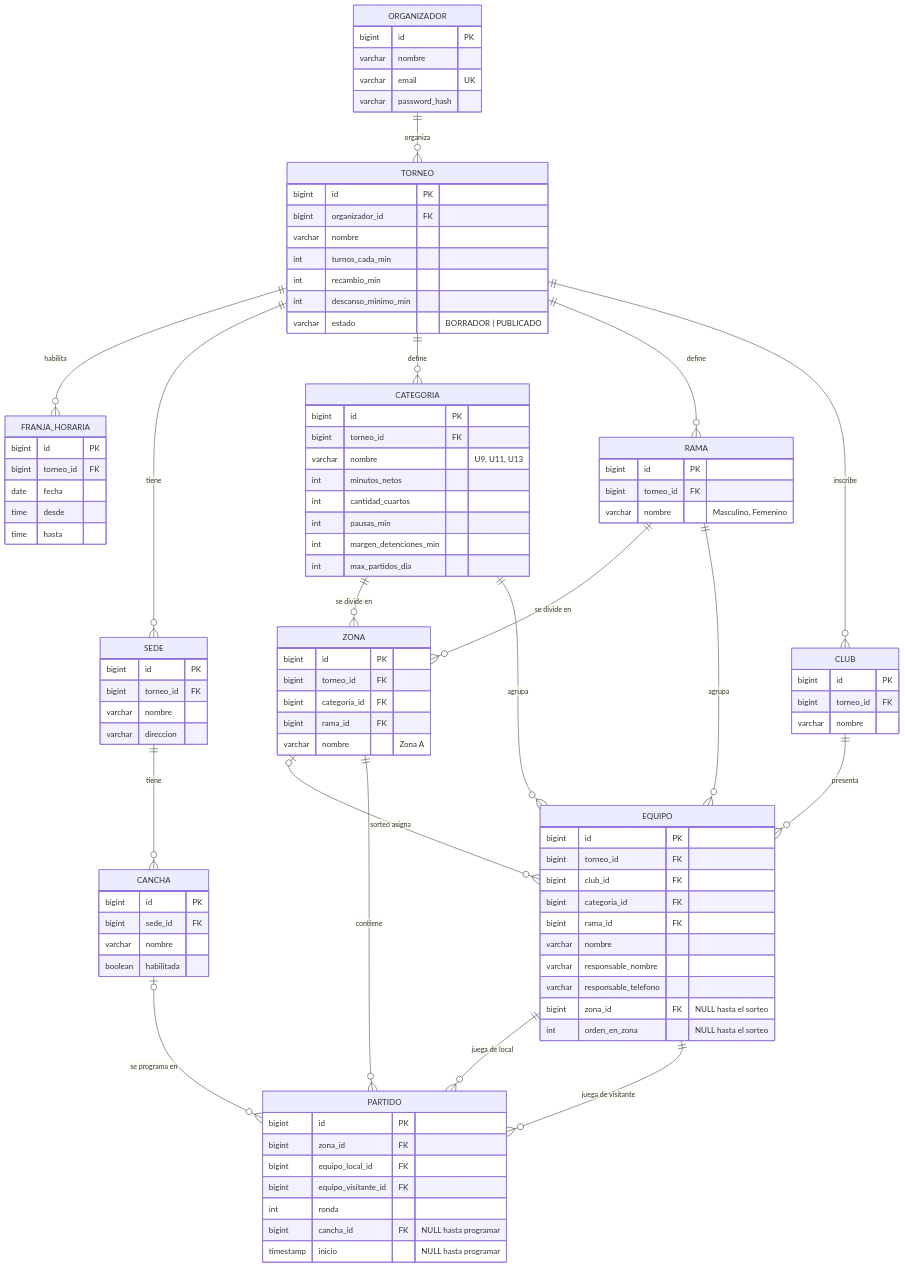
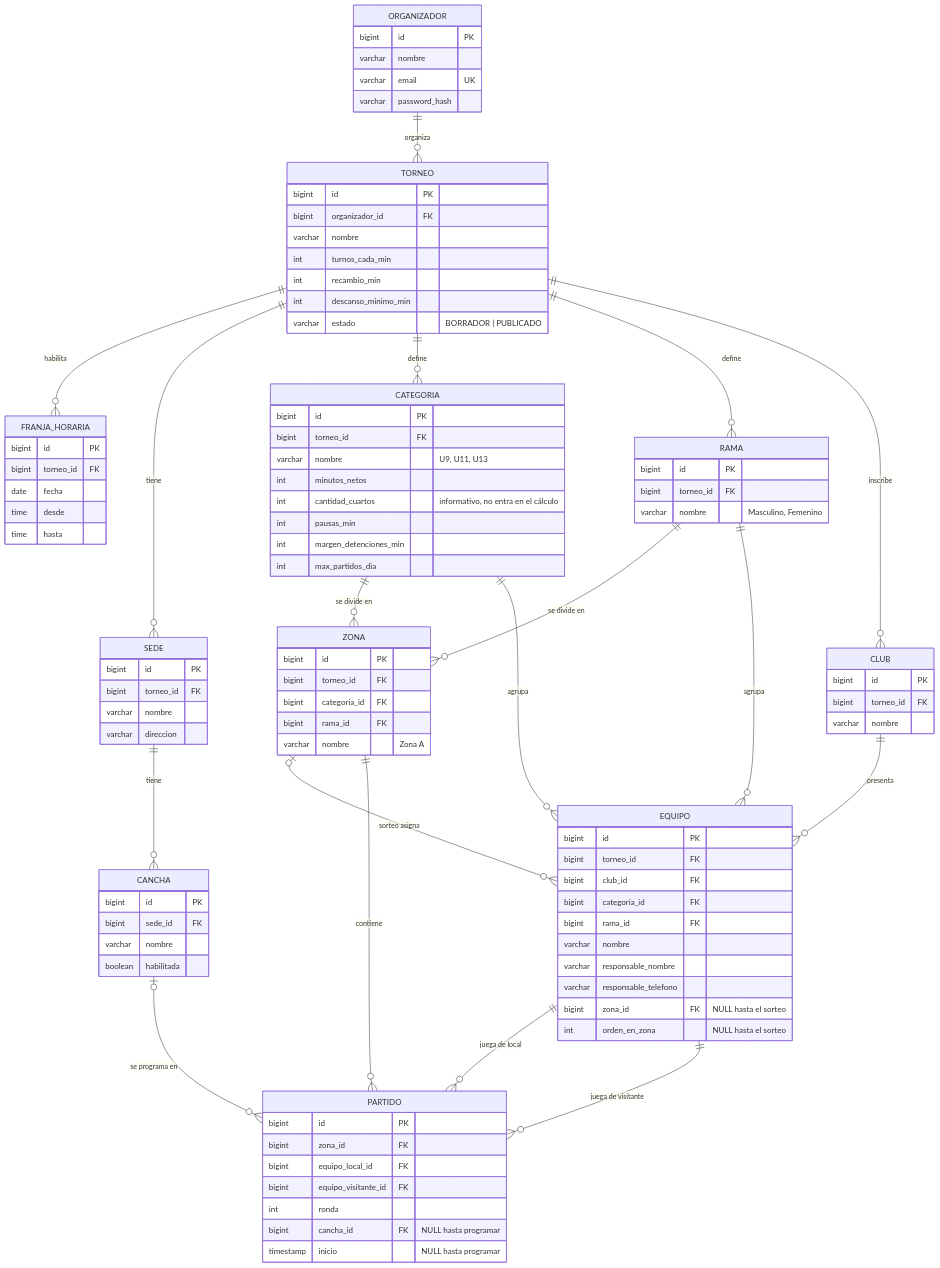
The diagram in docs/der.md (tadeo14/tp_final), drawn with Mermaid before and after one commit. The commit also changed other lines of this file and 2 other files, not shown here.

First line of the commit message:
Aplicar observaciones de la revisión al DER y al schema

```diff
--- a/docs/der.md
+++ b/docs/der.md
@@ -64,7 +64,7 @@
         bigint torneo_id FK
         varchar nombre "U9, U11, U13"
         int minutos_netos
-        int cantidad_cuartos
+        int cantidad_cuartos "informativo, no entra en el cálculo"
         int pausas_min
         int margen_detenciones_min
         int max_partidos_dia
```
